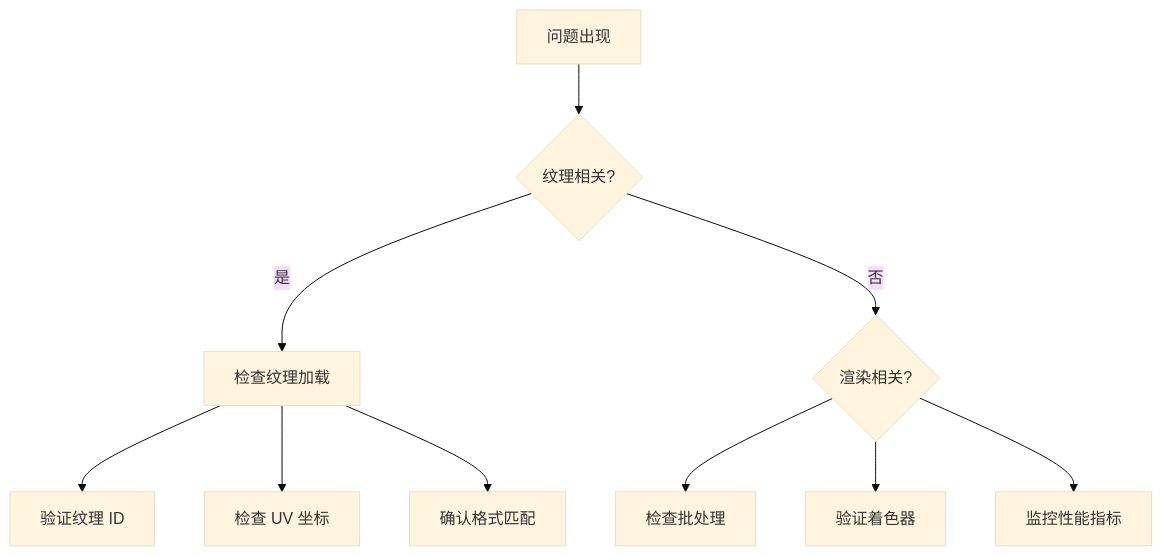
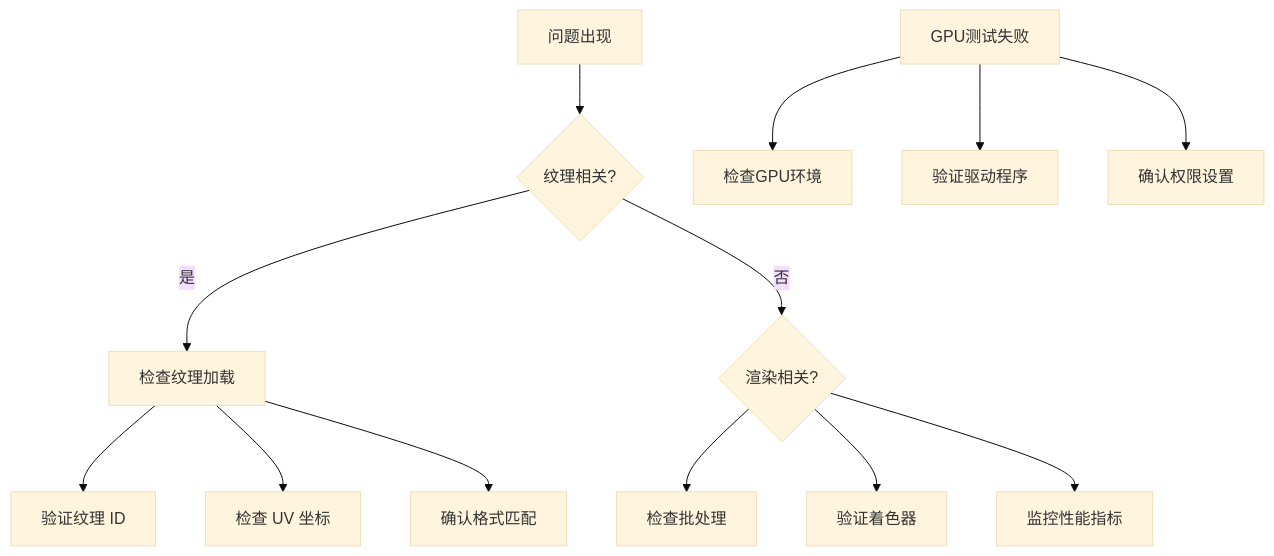
Diagram 11 of 11 in .qoder/repowiki/zh/content/技术架构详解/WebGPU渲染引擎/纹理渲染管线集成指南.md (itszzl-sudo/iris), drawn with Mermaid (base theme) before and after one commit. The commit also changed other lines of this file and 4 other files, not shown here.

````diff
--- a/.qoder/repowiki/zh/content/技术架构详解/WebGPU渲染引擎/纹理渲染管线集成指南.md
+++ b/.qoder/repowiki/zh/content/技术架构详解/WebGPU渲染引擎/纹理渲染管线集成指南.md
@@ -343,12 +505,15 @@
 ```mermaid
 flowchart TD
 A[问题出现] --> B{纹理相关?}
 B --> |是| C[检查纹理加载]
 B --> |否| D{渲染相关?}
 C --> E[验证纹理 ID]
 C --> F[检查 UV 坐标]
 C --> G[确认格式匹配]
 D --> H[检查批处理]
 D --> I[验证着色器]
 D --> J[监控性能指标]
+K[GPU测试失败] --> L[检查GPU环境]
+K --> M[验证驱动程序]
+K --> N[确认权限设置]
 ```
````
